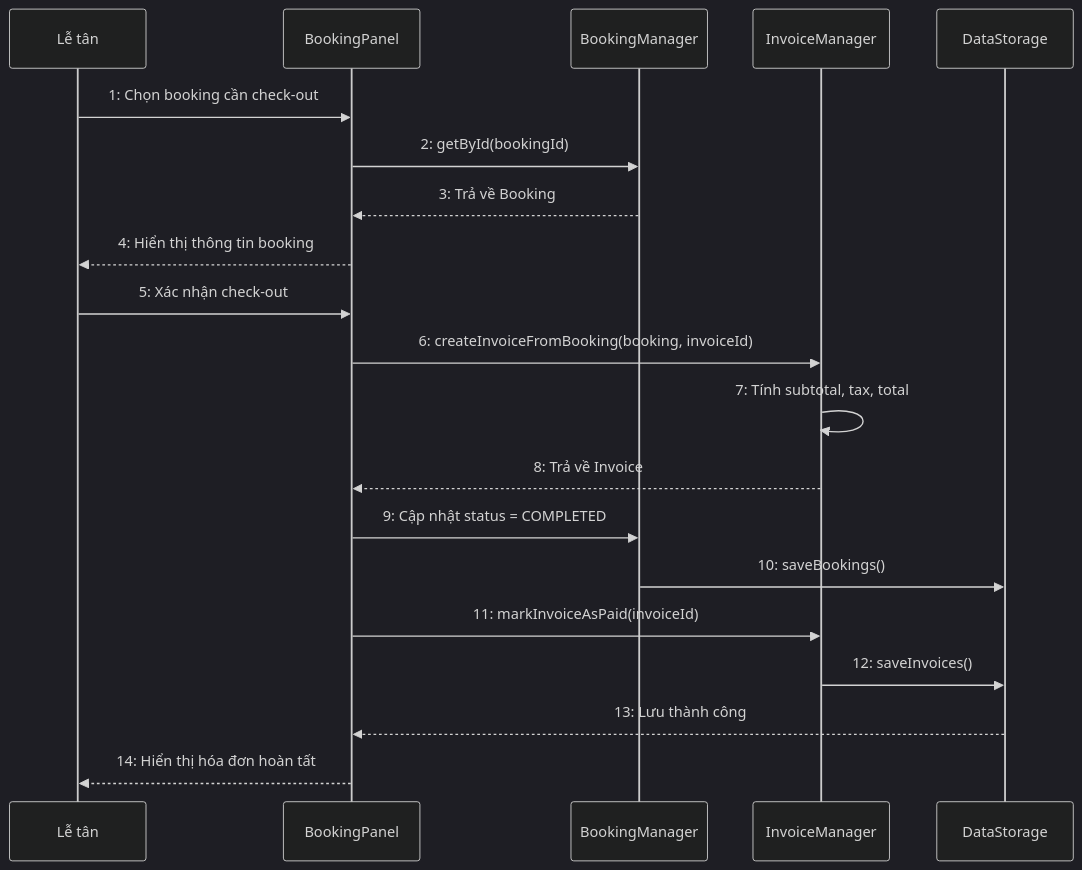
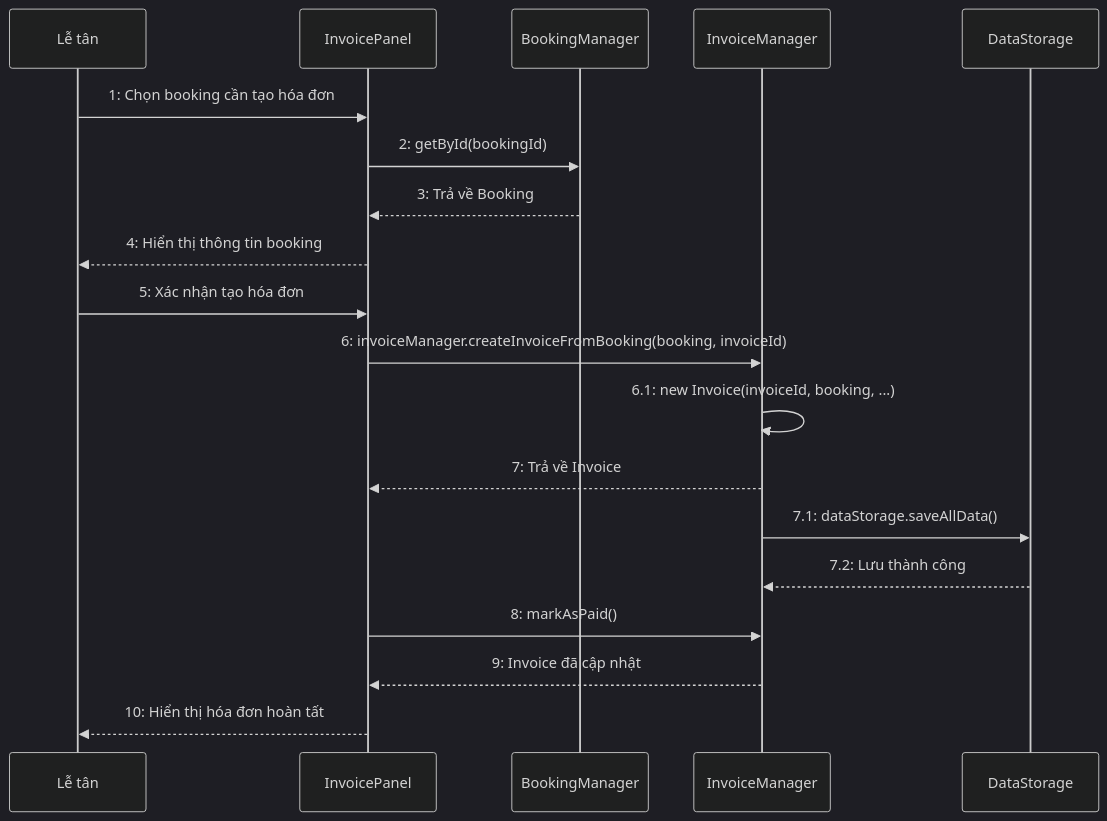
One commit to IvanLyVodka11/hotel-management changed the seventh of 11 diagrams in docs/BaoCao_HotelManagement.md. Above: the diagram before and after it, drawn with Mermaid (dark theme). The commit also changed other lines of this file and 91 other files, not shown here.

First line of the commit message:
Refine sequence diagrams to match actual code logic

````diff
--- a/docs/BaoCao_HotelManagement.md
+++ b/docs/BaoCao_HotelManagement.md
@@ -408,23 +402,22 @@
 ```mermaid
 sequenceDiagram
     participant LT as Lễ tân
-    participant BP as BookingPanel
+    participant IP as InvoicePanel
     participant BM as BookingManager
     participant IM as InvoiceManager
     participant DS as DataStorage
 
-    LT->>BP: 1: Chọn booking cần check-out
-    BP->>BM: 2: getById(bookingId)
-    BM-->>BP: 3: Trả về Booking
-    BP-->>LT: 4: Hiển thị thông tin booking
-    LT->>BP: 5: Xác nhận check-out
-    BP->>IM: 6: createInvoiceFromBooking(booking, invoiceId)
-    IM->>IM: 7: Tính subtotal, tax, total
-    IM-->>BP: 8: Trả về Invoice
-    BP->>BM: 9: Cập nhật status = COMPLETED
-    BM->>DS: 10: saveBookings()
-    BP->>IM: 11: markInvoiceAsPaid(invoiceId)
-    IM->>DS: 12: saveInvoices()
-    DS-->>BP: 13: Lưu thành công
-    BP-->>LT: 14: Hiển thị hóa đơn hoàn tất
+    LT->>IP: 1: Chọn booking cần tạo hóa đơn
+    IP->>BM: 2: getById(bookingId)
+    BM-->>IP: 3: Trả về Booking
+    IP-->>LT: 4: Hiển thị thông tin booking
+    LT->>IP: 5: Xác nhận tạo hóa đơn
+    IP->>IM: 6: invoiceManager.createInvoiceFromBooking(booking, invoiceId)
+    IM->>IM: 6.1: new Invoice(invoiceId, booking, ...)
+    IM-->>IP: 7: Trả về Invoice
+    IM->>DS: 7.1: dataStorage.saveAllData()
+    DS-->>IM: 7.2: Lưu thành công
+    IP->>IM: 8: markAsPaid()
+    IM-->>IP: 9: Invoice đã cập nhật
+    IP-->>LT: 10: Hiển thị hóa đơn hoàn tất
 ```
````
